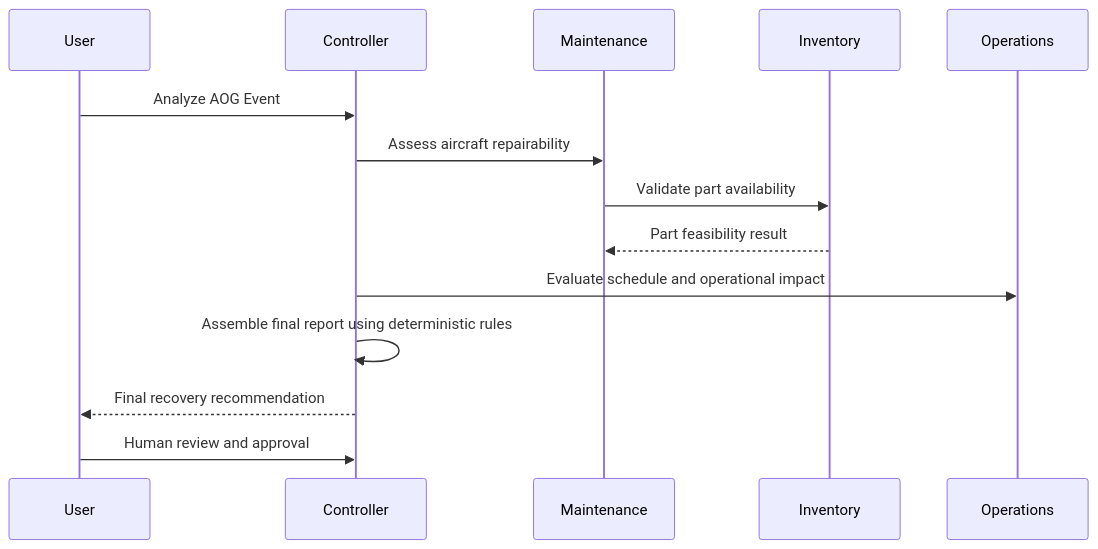
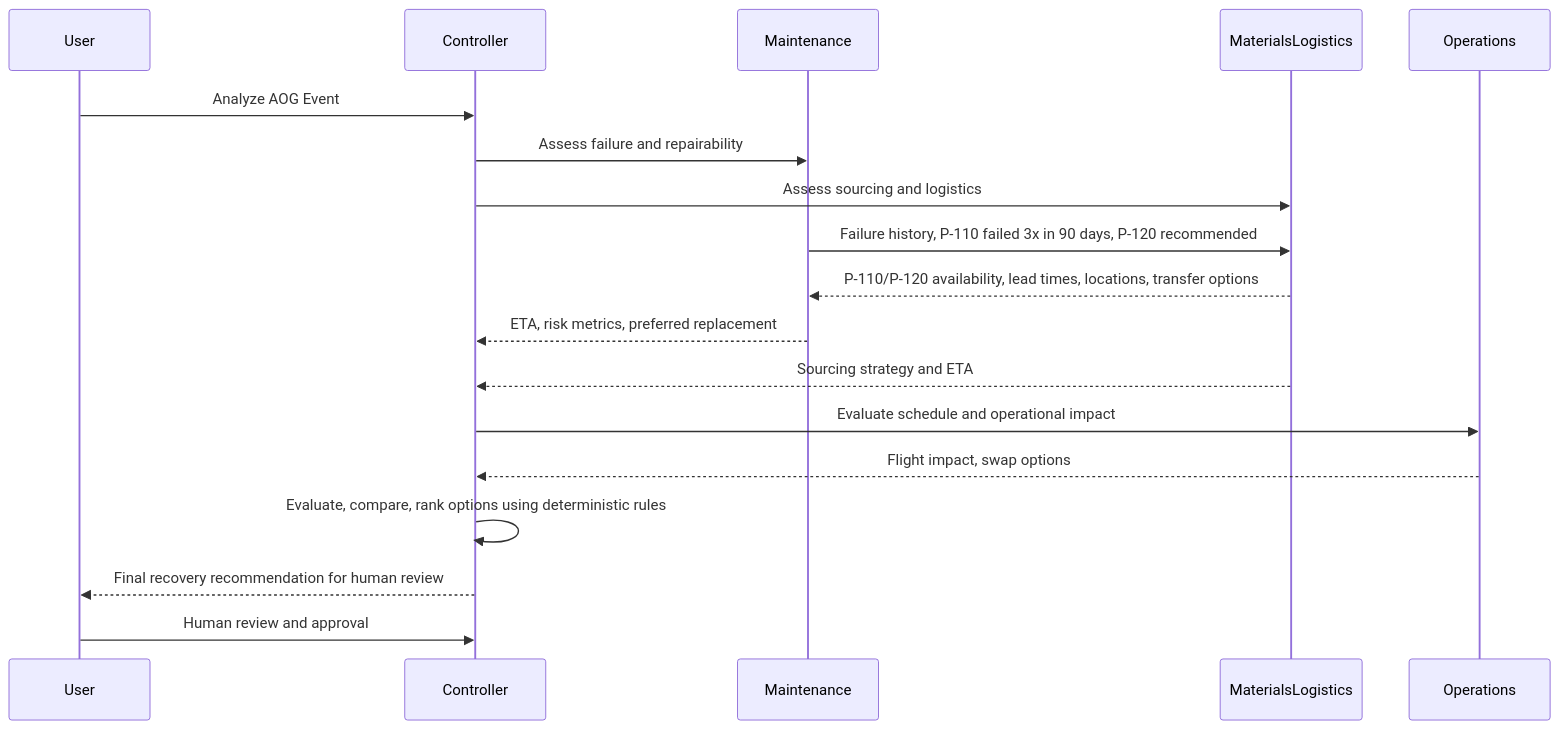
The fifth of 5 diagrams in docs/proposal.md (jguttikonda/fde_us03_cap), drawn with Mermaid before and after one commit. The commit also changed other lines of this file and 9 other files, not shown here.

````diff
--- a/docs/proposal.md
+++ b/docs/proposal.md
@@ -381,11 +412,15 @@
 ```mermaid
 sequenceDiagram
 User->>Controller: Analyze AOG Event
-Controller->>Maintenance: Assess aircraft repairability
-Maintenance->>Inventory: Validate part availability
-Inventory-->>Maintenance: Part feasibility result
+Controller->>Maintenance: Assess failure and repairability
+Controller->>MaterialsLogistics: Assess sourcing and logistics
+Maintenance->>MaterialsLogistics: Failure history, P-110 failed 3x in 90 days, P-120 recommended
+MaterialsLogistics-->>Maintenance: P-110/P-120 availability, lead times, locations, transfer options
+Maintenance-->>Controller: ETA, risk metrics, preferred replacement
+MaterialsLogistics-->>Controller: Sourcing strategy and ETA
 Controller->>Operations: Evaluate schedule and operational impact
-Controller->>Controller: Assemble final report using deterministic rules
-Controller-->>User: Final recovery recommendation
+Operations-->>Controller: Flight impact, swap options
+Controller->>Controller: Evaluate, compare, rank options using deterministic rules
+Controller-->>User: Final recovery recommendation for human review
 User->>Controller: Human review and approval
 ```
````
